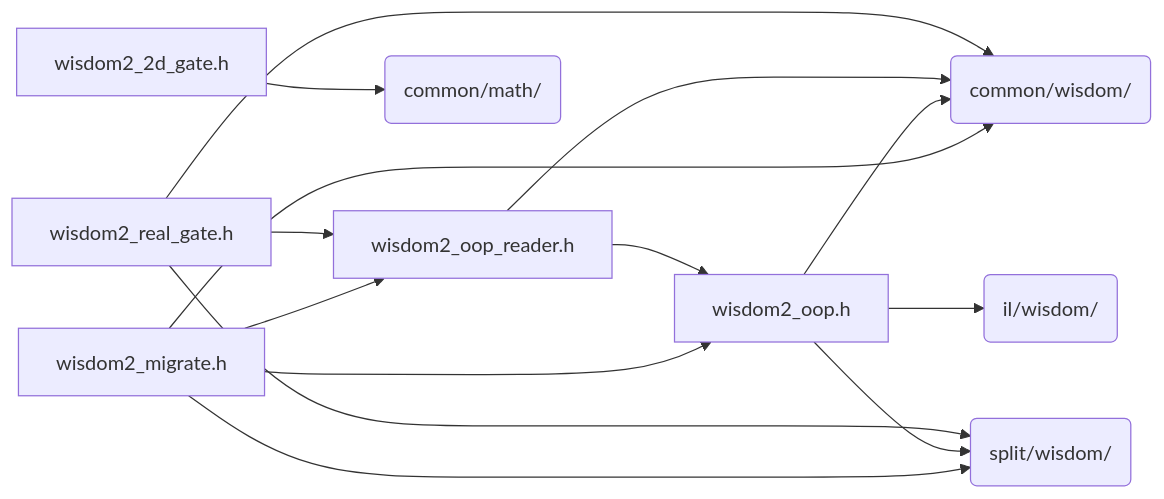
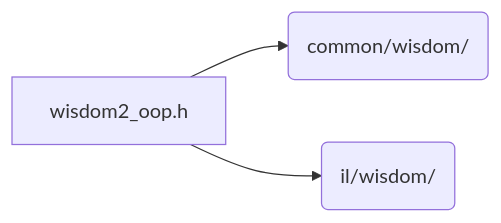
One commit to Tugbars/VectorFFT changed the diagram in docs/architecture/generated/folders/wisdom2.md. Above: the diagram before and after it, drawn with Mermaid. The commit also changed other lines of this file and 98 other files, not shown here.

Commit message:
regenerated architecture drawings

````diff
--- a/docs/architecture/generated/folders/wisdom2.md
+++ b/docs/architecture/generated/folders/wisdom2.md
@@ -14,25 +10,8 @@
 ```mermaid
 flowchart LR
-    n_wisdom2_wisdom2_2d_gate_h["wisdom2_2d_gate.h"]
-    n_wisdom2_wisdom2_migrate_h["wisdom2_migrate.h"]
     n_wisdom2_wisdom2_oop_h["wisdom2_oop.h"]
-    n_wisdom2_wisdom2_oop_reader_h["wisdom2_oop_reader.h"]
-    n_wisdom2_wisdom2_real_gate_h["wisdom2_real_gate.h"]
-    n_dir_common_math("common/math/")
     n_dir_common_wisdom("common/wisdom/")
     n_dir_il_wisdom("il/wisdom/")
-    n_dir_split_wisdom("split/wisdom/")
-    n_wisdom2_wisdom2_2d_gate_h --> n_dir_common_math
-    n_wisdom2_wisdom2_migrate_h --> n_dir_common_wisdom
-    n_wisdom2_wisdom2_migrate_h --> n_dir_split_wisdom
-    n_wisdom2_wisdom2_migrate_h --> n_wisdom2_wisdom2_oop_h
-    n_wisdom2_wisdom2_migrate_h --> n_wisdom2_wisdom2_oop_reader_h
     n_wisdom2_wisdom2_oop_h --> n_dir_common_wisdom
     n_wisdom2_wisdom2_oop_h --> n_dir_il_wisdom
-    n_wisdom2_wisdom2_oop_h --> n_dir_split_wisdom
-    n_wisdom2_wisdom2_oop_reader_h --> n_dir_common_wisdom
-    n_wisdom2_wisdom2_oop_reader_h --> n_wisdom2_wisdom2_oop_h
-    n_wisdom2_wisdom2_real_gate_h --> n_dir_common_wisdom
-    n_wisdom2_wisdom2_real_gate_h --> n_dir_split_wisdom
-    n_wisdom2_wisdom2_real_gate_h --> n_wisdom2_wisdom2_oop_reader_h
 ```
````
